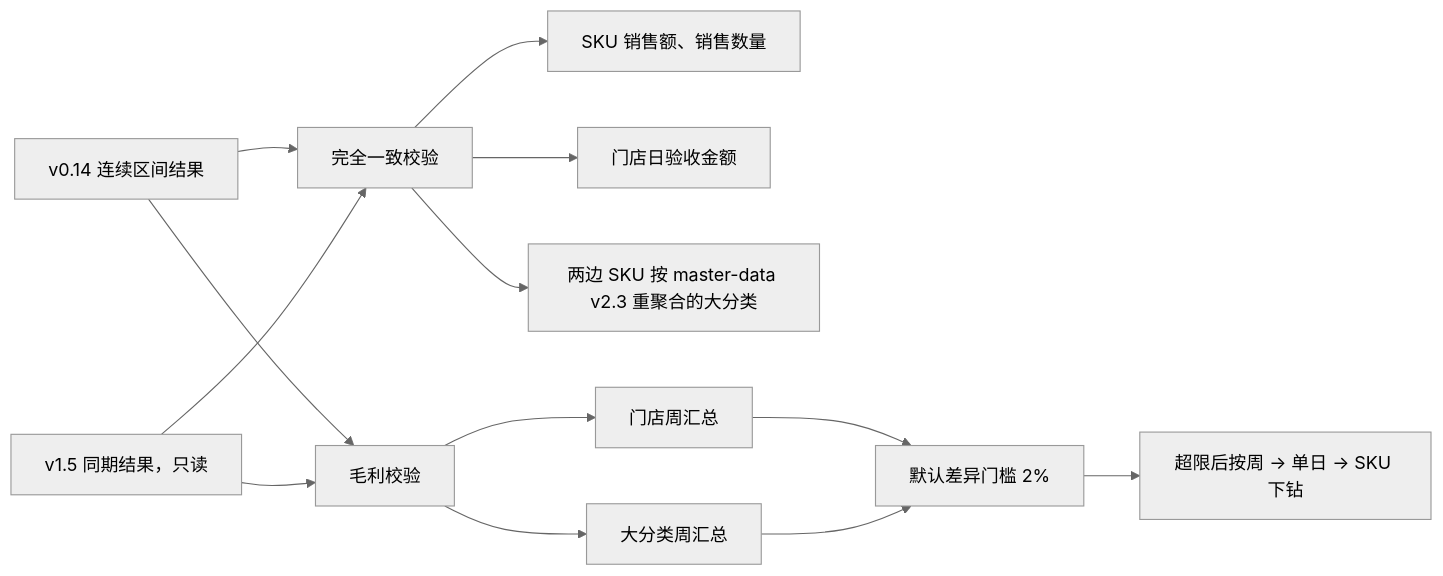
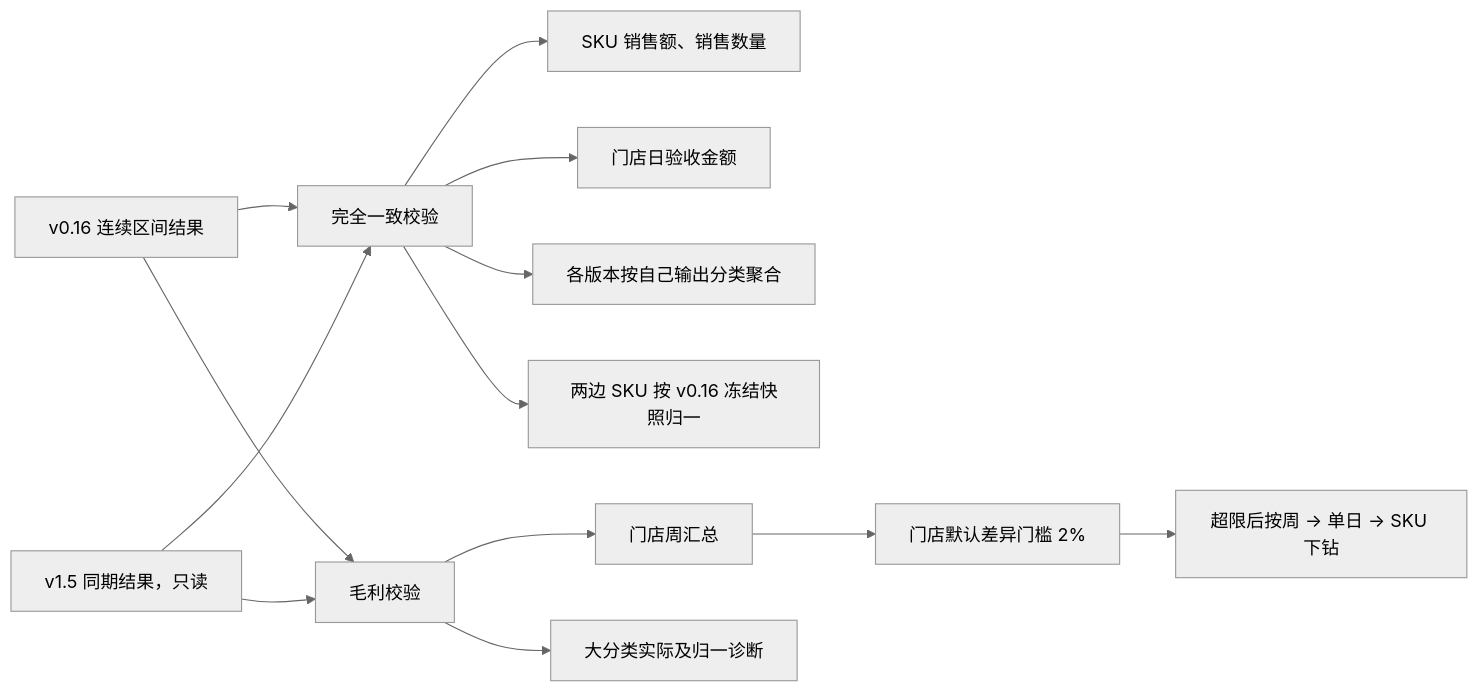
The eighth of 8 diagrams in fmetl/README.md (kate636/cuihua-data), drawn with Mermaid (neutral theme) before and after one commit. The commit also changed other lines of this file and 18 other files, not shown here.

````diff
--- a/fmetl/README.md
+++ b/fmetl/README.md
@@ -548,16 +555,16 @@
 ```mermaid
 flowchart LR
-    V014["v0.14 连续区间结果"] --> EXACT["完全一致校验"]
+    V016["v0.16 连续区间结果"] --> EXACT["完全一致校验"]
     V15["v1.5 同期结果，只读"] --> EXACT
     EXACT --> SALES["SKU 销售额、销售数量"]
     EXACT --> RECEIVE["门店日验收金额"]
-    EXACT --> CATEGORY["两边 SKU 按 master-data v2.3 重聚合的大分类"]
+    EXACT --> ACTUAL_CATEGORY["各版本按自己输出分类聚合"]
+    EXACT --> NORMALIZED_CATEGORY["两边 SKU 按 v0.16 冻结快照归一"]
 
-    V014 --> PROFIT["毛利校验"]
+    V016 --> PROFIT["毛利校验"]
     V15 --> PROFIT
     PROFIT --> STORE["门店周汇总"]
-    PROFIT --> L1["大分类周汇总"]
-    STORE --> LIMIT["默认差异门槛 2%"]
-    L1 --> LIMIT
+    PROFIT --> L1["大分类实际及归一诊断"]
+    STORE --> LIMIT["门店默认差异门槛 2%"]
     LIMIT --> DRILL["超限后按周 → 单日 → SKU 下钻"]
 ```
````
